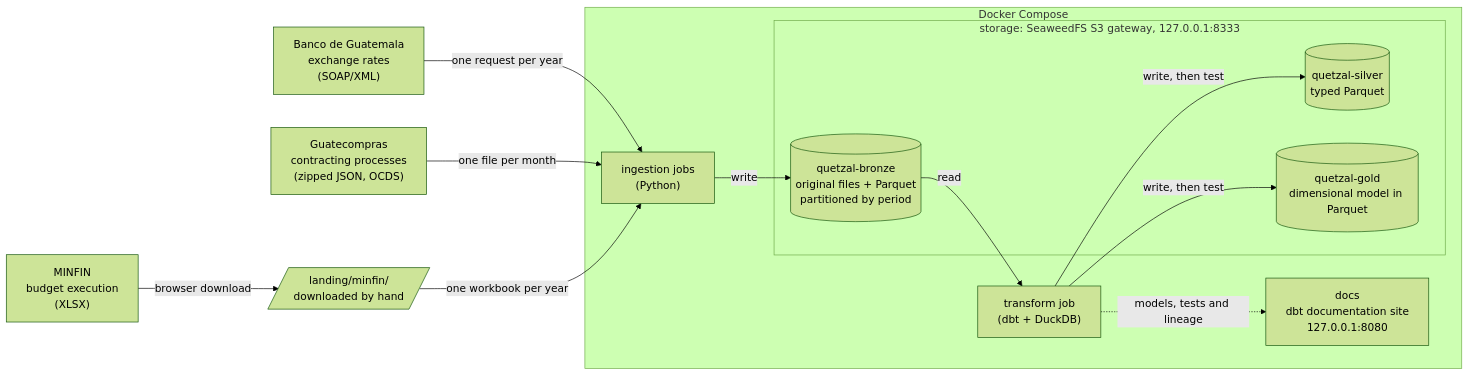
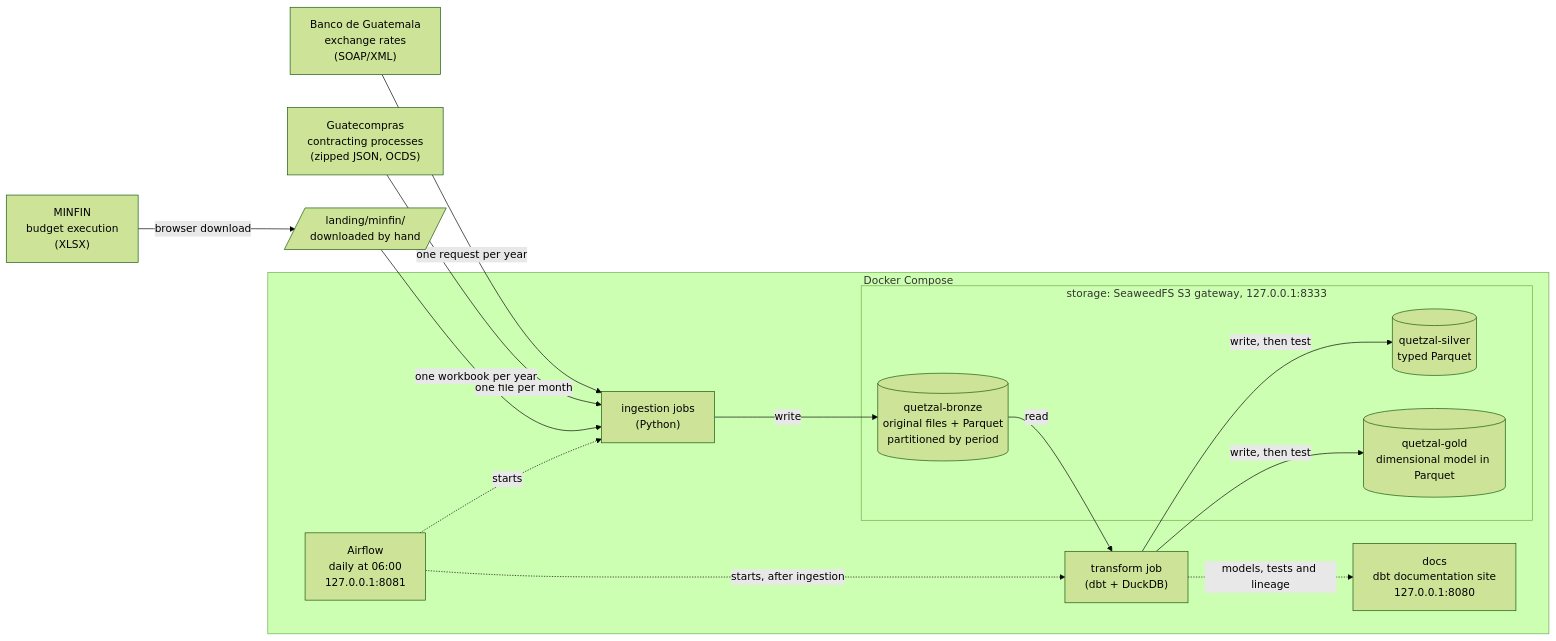
One commit to Carlosmarroquin20/quetzal-lakehouse changed the first of 2 diagrams in README.md. Above: the diagram before and after it, drawn with Mermaid (forest theme). The commit also changed other lines of this file, not shown here.

First line of the commit message:
Document the Airflow orchestration

````diff
--- a/README.md
+++ b/README.md
@@ -30,26 +31,29 @@
 ```mermaid
 flowchart LR
     banguat["Banco de Guatemala<br/>exchange rates<br/>(SOAP/XML)"]
     guatecompras["Guatecompras<br/>contracting processes<br/>(zipped JSON, OCDS)"]
     minfin["MINFIN<br/>budget execution<br/>(XLSX)"]
     landing[/"landing/minfin/<br/>downloaded by hand"/]
     subgraph compose["Docker Compose"]
+        airflow["Airflow<br/>daily at 06:00<br/>127.0.0.1:8081"]
         ingestion["ingestion jobs<br/>(Python)"]
         transform["transform job<br/>(dbt + DuckDB)"]
         docs["docs<br/>dbt documentation site<br/>127.0.0.1:8080"]
         subgraph storage["storage: SeaweedFS S3 gateway, 127.0.0.1:8333"]
             bronze[("quetzal-bronze<br/>original files + Parquet<br/>partitioned by period")]
             silver[("quetzal-silver<br/>typed Parquet")]
             gold[("quetzal-gold<br/>dimensional model in Parquet")]
         end
     end
     banguat -- "one request per year" --> ingestion
     guatecompras -- "one file per month" --> ingestion
     minfin -- "browser download" --> landing
     landing -- "one workbook per year" --> ingestion
     ingestion -- "write" --> bronze
     bronze -- "read" --> transform
     transform -- "write, then test" --> silver
     transform -- "write, then test" --> gold
     transform -. "models, tests and lineage" .-> docs
+    airflow -. "starts" .-> ingestion
+    airflow -. "starts, after ingestion" .-> transform
 ```
````
